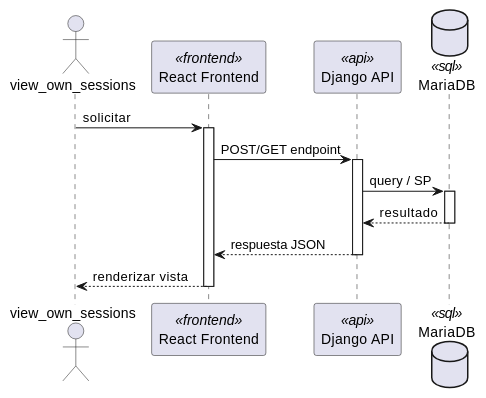
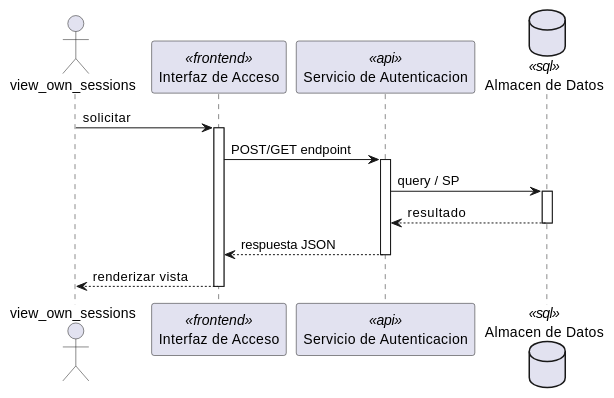
The first of 2 diagrams in source/arquitectura-tecnica/DesignView/auth-05.rst (jcg-admin/IACT-docs), drawn with PlantUML before and after one commit. The commit also changed other lines of this file and 243 other files, not shown here.

First line of the commit message:
Add missing diagrams and fix participant names across Kruchten views

```diff
--- a/source/arquitectura-tecnica/DesignView/auth-05.rst
+++ b/source/arquitectura-tecnica/DesignView/auth-05.rst
@@ -22,28 +22,28 @@
 .. uml::
  :caption: UC_AUTH_05 — Design View (secuencia)
 
  @startuml
 
  actor "view_own_sessions" as view_own_sessions
- participant "React Frontend" as Frontend <<frontend>>
- participant "Django API" as APIServer <<api>>
- database "MariaDB" as BaseDatos <<sql>>
+ participant "Interfaz de Acceso" as Iface <<frontend>>
+ participant "Servicio de Autenticacion" as SvcNode <<api>>
+ database "Almacen de Datos" as Store <<sql>>
 
- view_own_sessions -> Frontend : solicitar
- activate Frontend
+ view_own_sessions -> Iface : solicitar
+ activate Iface
 
- Frontend -> APIServer : POST/GET endpoint
- activate APIServer
+ Iface -> SvcNode : POST/GET endpoint
+ activate SvcNode
 
- APIServer -> BaseDatos : query / SP
- activate BaseDatos
- BaseDatos --> APIServer : resultado
- deactivate BaseDatos
+ SvcNode -> Store : query / SP
+ activate Store
+ Store --> SvcNode : resultado
+ deactivate Store
 
- APIServer --> Frontend : respuesta JSON
- deactivate APIServer
+ SvcNode --> Iface : respuesta JSON
+ deactivate SvcNode
 
- Frontend --> view_own_sessions : renderizar vista
- deactivate Frontend
+ Iface --> view_own_sessions : renderizar vista
+ deactivate Iface
 
  @enduml
```
